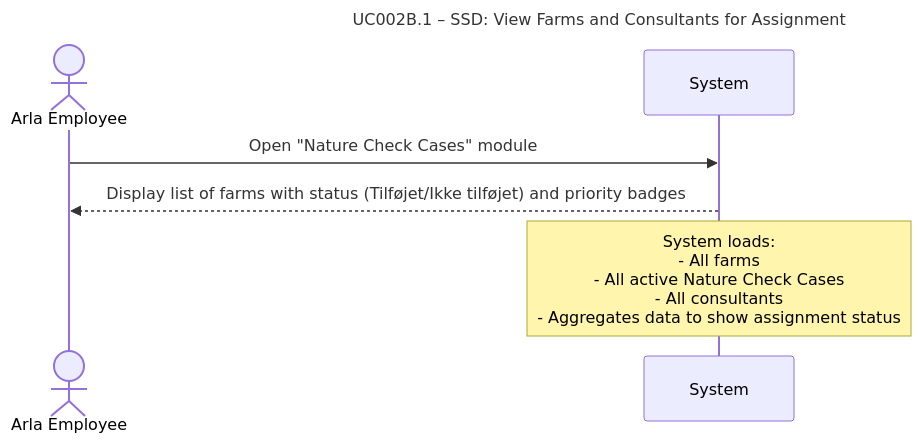
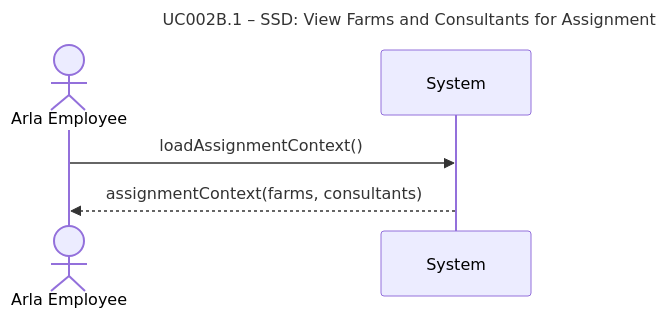
One commit to DMOoF25-TEAM11/ArlaNatureConnect changed the diagram in docs/UseCase002B-AssignNatureCheckCase/UserStories/UC002B.1-ViewFarmsAndConsultants/UC002B.1-SSD.md. Above: the diagram before and after it, drawn with Mermaid. The commit also changed other lines of this file and 65 other files, not shown here.

Commit message:
Update of UML

````diff
--- a/docs/UseCase002B-AssignNatureCheckCase/UserStories/UC002B.1-ViewFarmsAndConsultants/UC002B.1-SSD.md
+++ b/docs/UseCase002B-AssignNatureCheckCase/UserStories/UC002B.1-ViewFarmsAndConsultants/UC002B.1-SSD.md
@@ -5,12 +5,10 @@
 ```mermaid
 sequenceDiagram
     title UC002B.1 – SSD: View Farms and Consultants for Assignment
 
     actor ArlaEmployee as Arla Employee
     participant System as System
 
-    ArlaEmployee ->> System: Open "Nature Check Cases" module
-    System -->> ArlaEmployee: Display list of farms with status (Tilføjet/Ikke tilføjet) and priority badges
-    
-    Note over System: System loads:<br/>- All farms<br/>- All active Nature Check Cases<br/>- All consultants<br/>- Aggregates data to show assignment status
+    ArlaEmployee ->> System: loadAssignmentContext()
+    System -->> ArlaEmployee: assignmentContext(farms, consultants)
 ```
````
